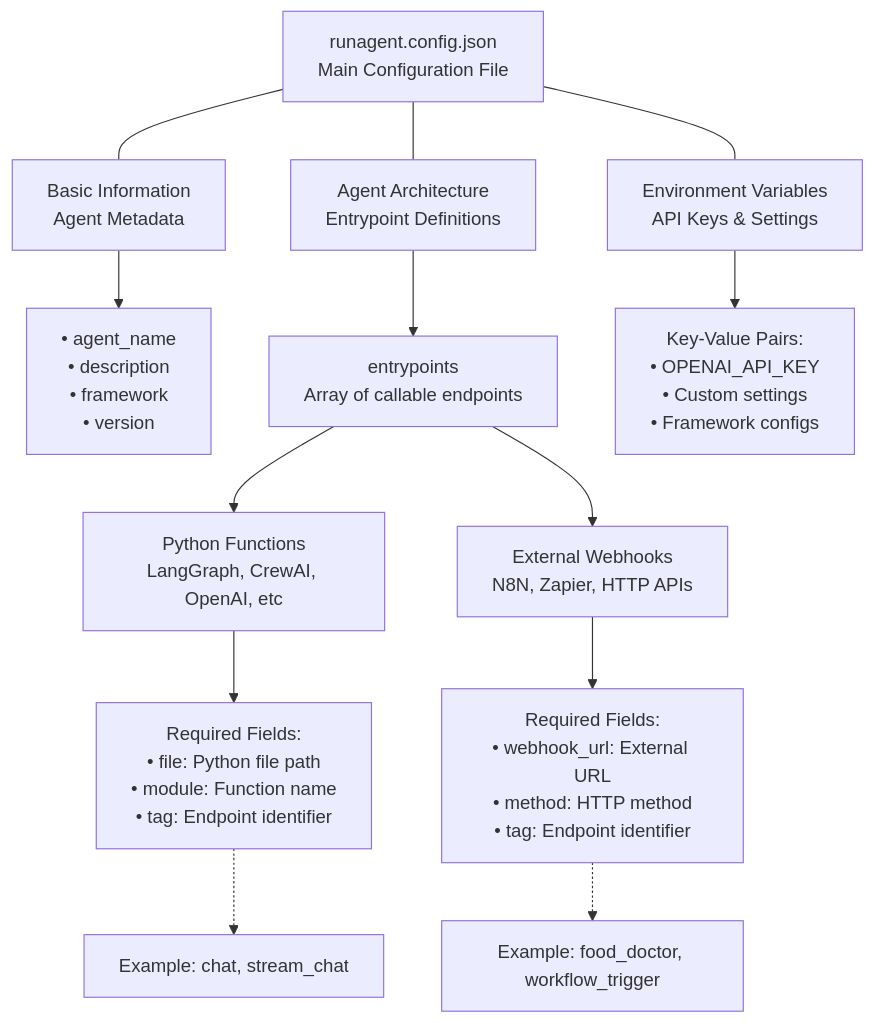
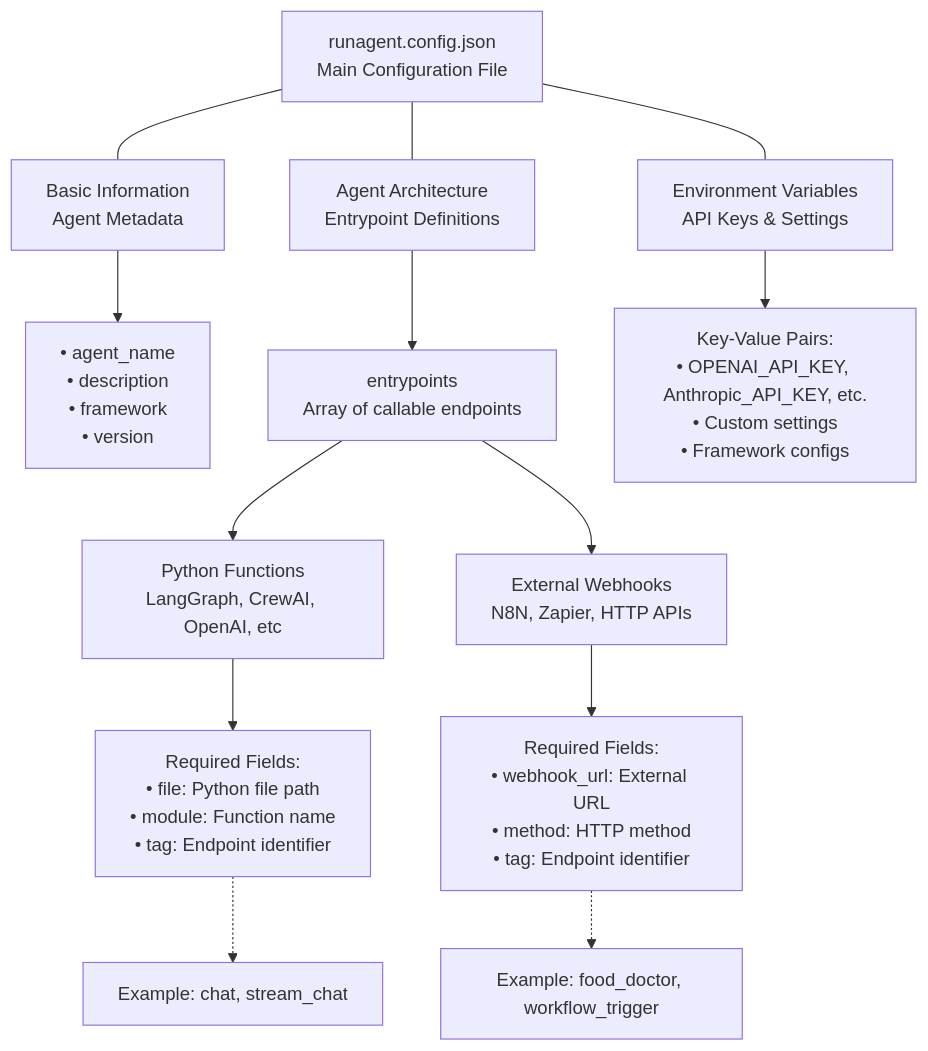
Before and after one commit to runagent-dev/runagent: the diagram in README.md, drawn with Mermaid.

````diff
--- a/README.md
+++ b/README.md
@@ -68,24 +68,24 @@
 ```mermaid
 flowchart TD
     A["runagent.config.json<br/>Main Configuration File"]
     
     A --- B["Basic Information<br/>Agent Metadata"]
     A --- C["Agent Architecture<br/>Entrypoint Definitions"] 
     A --- D["Environment Variables<br/>API Keys & Settings"]
     
     B --> B1["• agent_name<br/>• description<br/>• framework<br/>• version"]
     
     C --> C1["entrypoints<br/>Array of callable endpoints"]
     
     C1 --> C2["Python Functions<br/>LangGraph, CrewAI, OpenAI, etc"]
     C1 --> C3["External Webhooks<br/>N8N, Zapier, HTTP APIs"]
     
     C2 --> C2A["Required Fields:<br/>• file: Python file path<br/>• module: Function name<br/>• tag: Endpoint identifier"]
     
     C3 --> C3A["Required Fields:<br/>• webhook_url: External URL<br/>• method: HTTP method<br/>• tag: Endpoint identifier"]
     
-    D --> D1["Key-Value Pairs:<br/>• OPENAI_API_KEY<br/>• Custom settings<br/>• Framework configs"]
+    D --> D1["Key-Value Pairs:<br/>• OPENAI_API_KEY, Anthropic_API_KEY, etc.<br/>• Custom settings<br/>• Framework configs"]
     
     C2A -.-> E["Example: chat, stream_chat"]
     C3A -.-> F["Example: food_doctor, workflow_trigger"]
 ```
````
